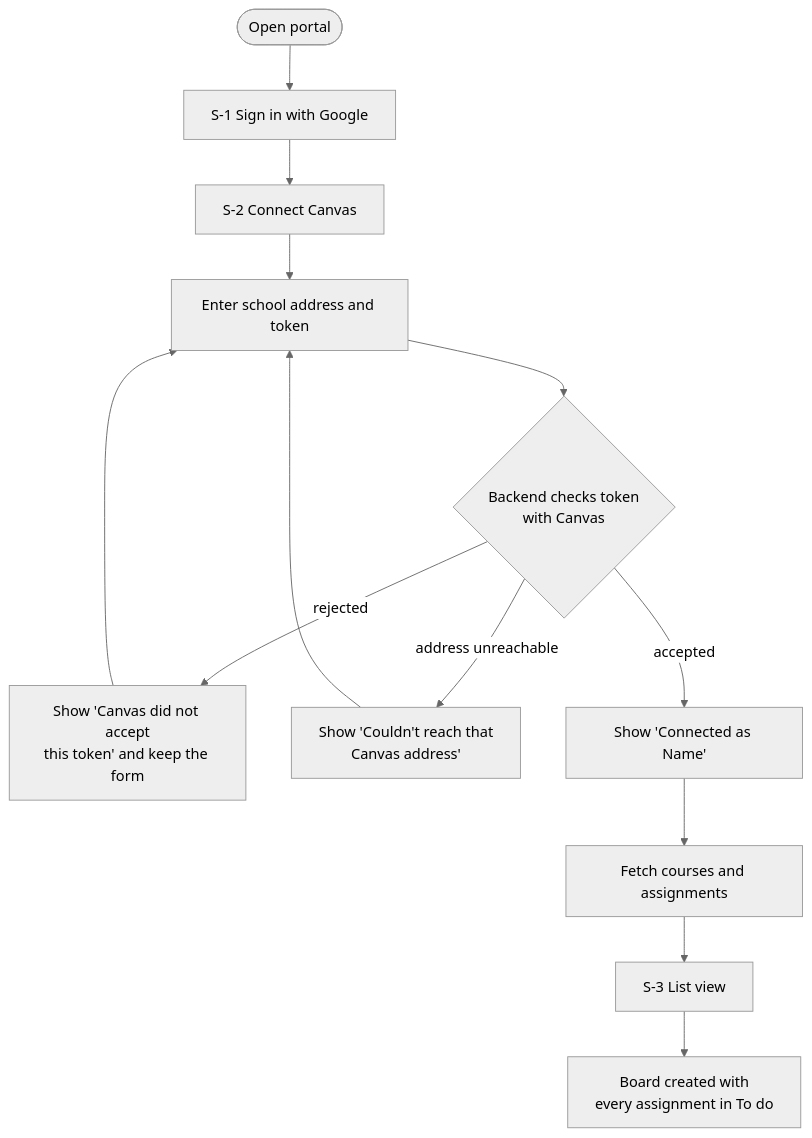
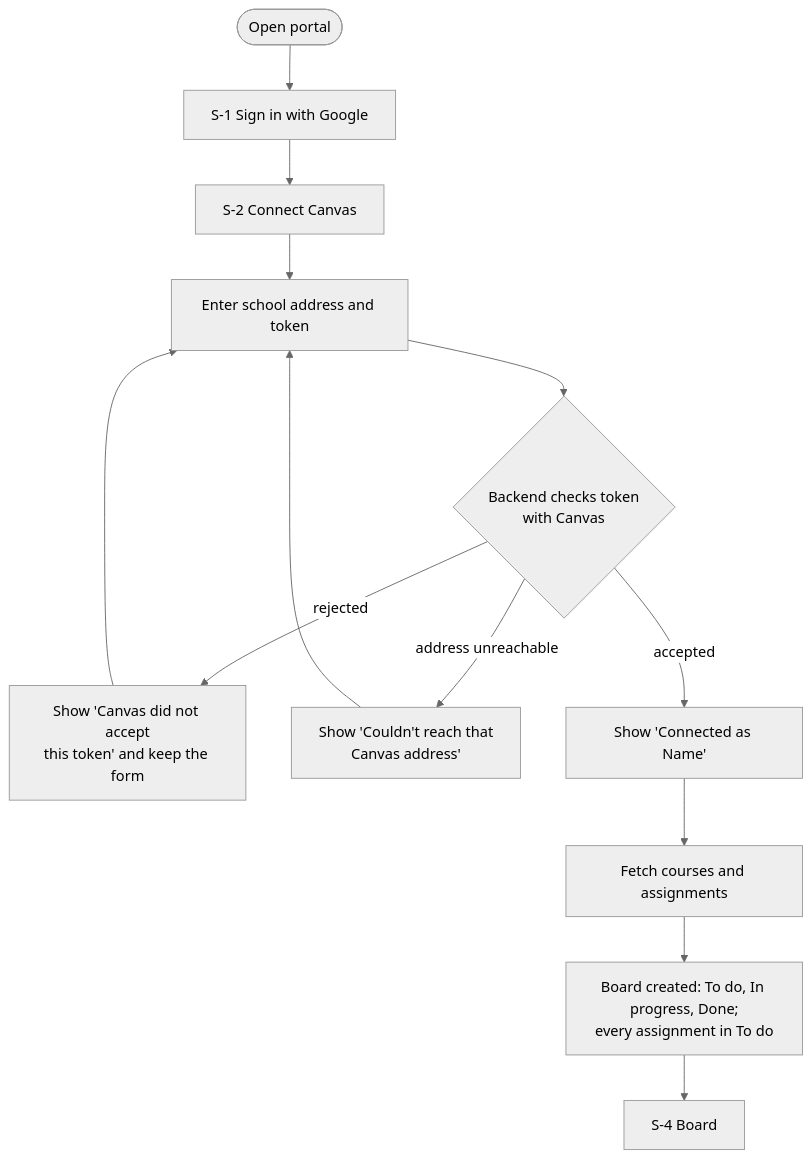
One commit to bbranton/TestProj changed the second of 9 diagrams in docs/canvas-portal/04-wireframes-workflows.md. Above: the diagram before and after it, drawn with Mermaid (neutral theme). The commit also changed other lines of this file and 5 other files, not shown here.

````diff
--- a/docs/canvas-portal/04-wireframes-workflows.md
+++ b/docs/canvas-portal/04-wireframes-workflows.md
@@ -230,15 +333,15 @@
 ```mermaid
 flowchart TD
     A([Open portal]) --> B[S-1 Sign in with Google]
     B --> C[S-2 Connect Canvas]
     C --> D[Enter school address and token]
     D --> E{Backend checks token<br/>with Canvas}
     E -- rejected --> F[Show 'Canvas did not accept<br/>this token' and keep the form]
     F --> D
     E -- address unreachable --> G[Show 'Couldn't reach that<br/>Canvas address']
     G --> D
     E -- accepted --> H[Show 'Connected as Name']
     H --> I[Fetch courses and assignments]
-    I --> J[S-3 List view]
-    J --> K[Board created with<br/>every assignment in To do]
+    I --> J[Board created: To do, In progress, Done;<br/>every assignment in To do]
+    J --> K[S-4 Board]
 ```
````
